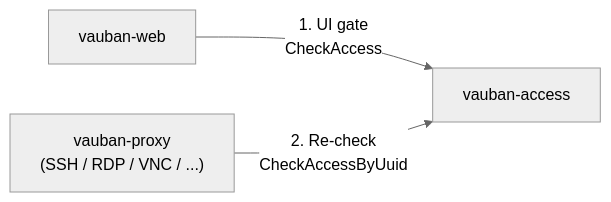
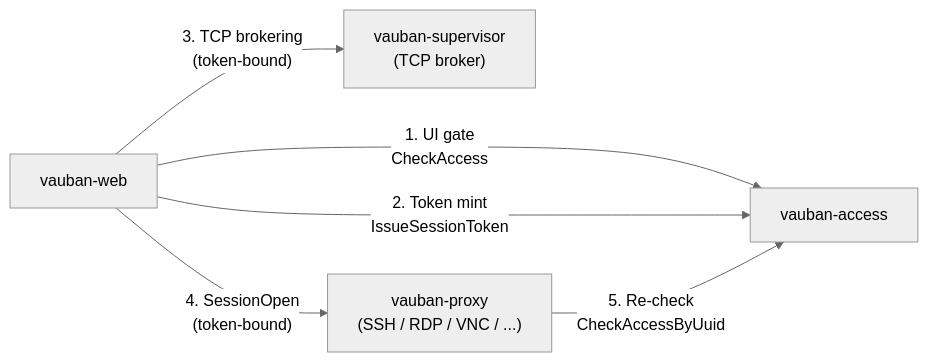
One commit to rbenaley/Vauban changed the first of 7 diagrams in docs/technical/Vauban_AccessGuard_Architecture_EN(1.0).md. Above: the diagram before and after it, drawn with Mermaid (neutral theme). The commit also changed other lines of this file and 27 other files, not shown here.

````diff
--- a/docs/technical/Vauban_AccessGuard_Architecture_EN(1.0).md
+++ b/docs/technical/Vauban_AccessGuard_Architecture_EN(1.0).md
@@ -36,9 +43,13 @@
 ```mermaid
 flowchart LR
     Web["vauban-web"]
     Access["vauban-access"]
+    Sup["vauban-supervisor<br/>(TCP broker)"]
     Proxy["vauban-proxy<br/>(SSH / RDP / VNC / ...)"]
 
     Web -->|"1. UI gate<br/>CheckAccess"| Access
-    Proxy -->|"2. Re-check<br/>CheckAccessByUuid"| Access
+    Web -->|"2. Token mint<br/>IssueSessionToken"| Access
+    Web -->|"3. TCP brokering<br/>(token-bound)"| Sup
+    Web -->|"4. SessionOpen<br/>(token-bound)"| Proxy
+    Proxy -->|"5. Re-check<br/>CheckAccessByUuid"| Access
 ```
````
